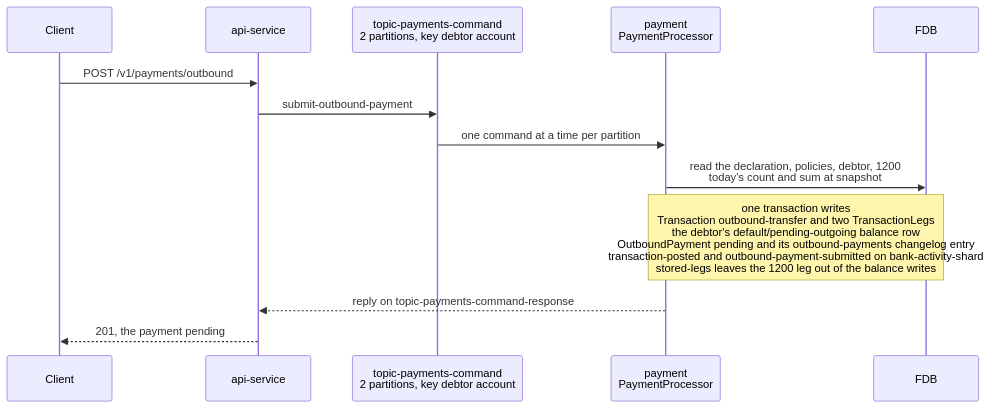
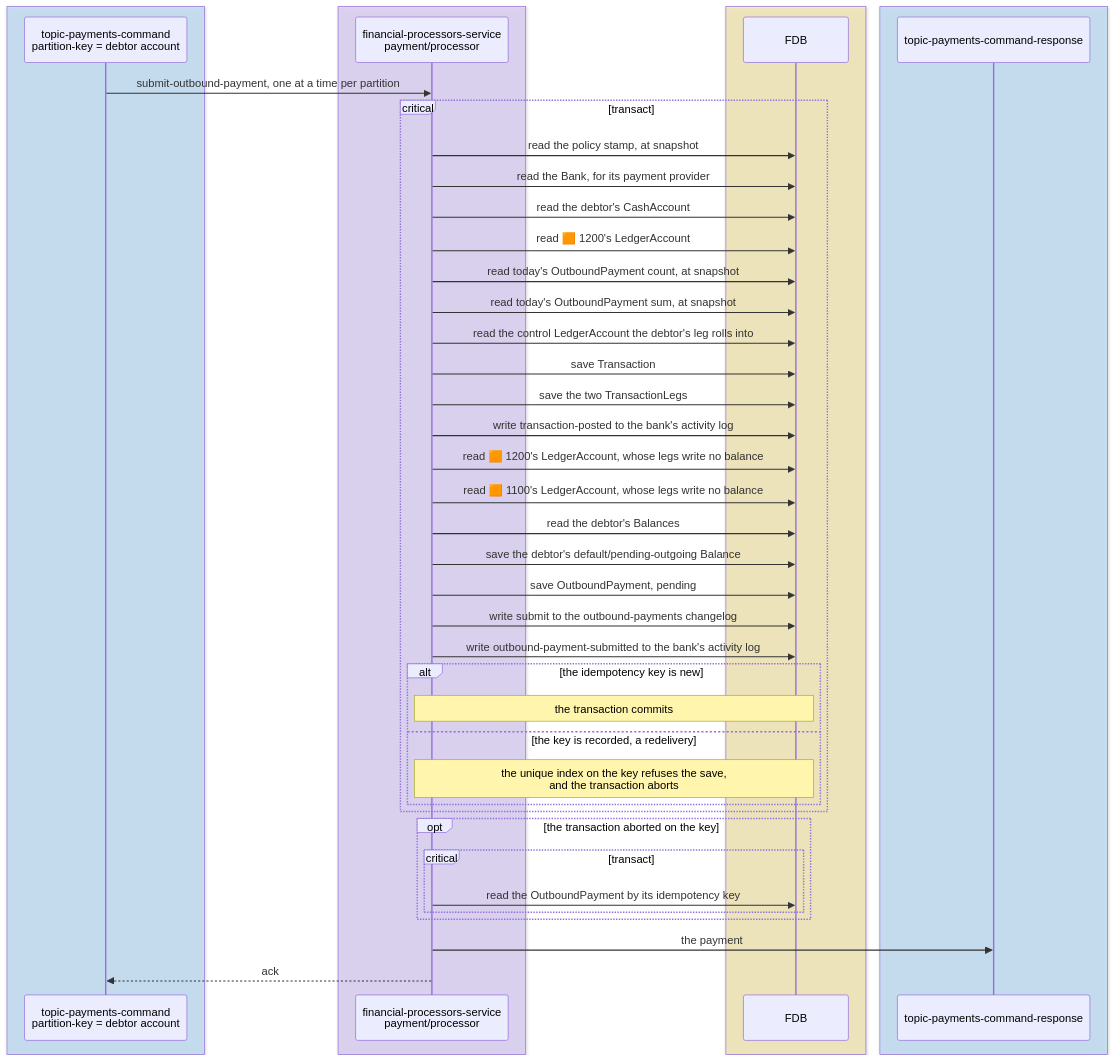
The third of 15 diagrams in docs/tdd/payments-outbound.md (repldriven/queenswood), drawn with Mermaid before and after one commit. The commit also changed other lines of this file and 3 other files, not shown here.

````diff
--- a/docs/tdd/payments-outbound.md
+++ b/docs/tdd/payments-outbound.md
@@ -72,15 +152,47 @@
 ```mermaid
 sequenceDiagram
-    participant C as Client
-    participant API as api-service
-    participant PC as topic-payments-command<br/>2 partitions, key debtor account
-    participant PP as payment<br/>PaymentProcessor
+    box rgba(165, 216, 255, 0.45)
+    participant PC as topic-payments-command<br/>partition-key = debtor account
+    end
+    box rgba(208, 191, 255, 0.45)
+    participant PP as financial-processors-service<br/>payment/processor
+    end
+    box rgba(255, 236, 153, 0.5)
     participant DB as FDB
-    C->>API: POST /v1/payments/outbound
-    API->>PC: submit-outbound-payment
-    PC->>PP: one command at a time per partition
-    PP->>DB: read the declaration, policies, debtor, 1200<br/>today's count and sum at snapshot
-    Note over PP,DB: one transaction writes<br/>Transaction outbound-transfer and two TransactionLegs<br/>the debtor's default/pending-outgoing balance row<br/>OutboundPayment pending and its outbound-payments changelog entry<br/>transaction-posted and outbound-payment-submitted on bank-activity-shard<br/>stored-legs leaves the 1200 leg out of the balance writes
-    PP-->>API: reply on topic-payments-command-response
-    API-->>C: 201, the payment pending
+    end
+    box rgba(165, 216, 255, 0.45)
+    participant PR as topic-payments-command-response
+    end
+    PC->>PP: submit-outbound-payment, one at a time per partition
+    critical transact
+    PP->>DB: read the policy stamp, at snapshot
+    PP->>DB: read the Bank, for its payment provider
+    PP->>DB: read the debtor's CashAccount
+    PP->>DB: read 🟧 1200's LedgerAccount
+    PP->>DB: read today's OutboundPayment count, at snapshot
+    PP->>DB: read today's OutboundPayment sum, at snapshot
+    PP->>DB: read the control LedgerAccount the debtor's leg rolls into
+    PP->>DB: save Transaction
+    PP->>DB: save the two TransactionLegs
+    PP->>DB: write transaction-posted to the bank's activity log
+    PP->>DB: read 🟧 1200's LedgerAccount, whose legs write no balance
+    PP->>DB: read 🟧 1100's LedgerAccount, whose legs write no balance
+    PP->>DB: read the debtor's Balances
+    PP->>DB: save the debtor's default/pending-outgoing Balance
+    PP->>DB: save OutboundPayment, pending
+    PP->>DB: write submit to the outbound-payments changelog
+    PP->>DB: write outbound-payment-submitted to the bank's activity log
+    alt the idempotency key is new
+    Note over PP,DB: the transaction commits
+    else the key is recorded, a redelivery
+    Note over PP,DB: the unique index on the key refuses the save,<br/>and the transaction aborts
+    end
+    end
+    opt the transaction aborted on the key
+    critical transact
+    PP->>DB: read the OutboundPayment by its idempotency key
+    end
+    end
+    PP->>PR: the payment
+    PP-->>PC: ack
 ```
````
